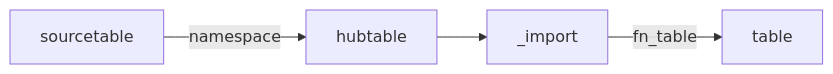
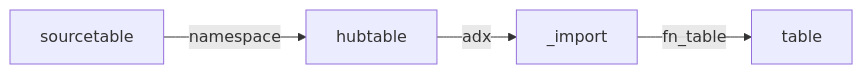
The diagram in README.md (hfleitas/polarbear), drawn with Mermaid before and after one commit.

````diff
--- a/README.md
+++ b/README.md
@@ -5,6 +5,6 @@
 ```mermaid
 graph LR
-   sourcetable-->|namespace| hubtable
-   hubtable-->_import
+   sourcetable--> |namespace| hubtable
+   hubtable--> |adx| _import
    _import-->|fn_table| table
 ```
````
